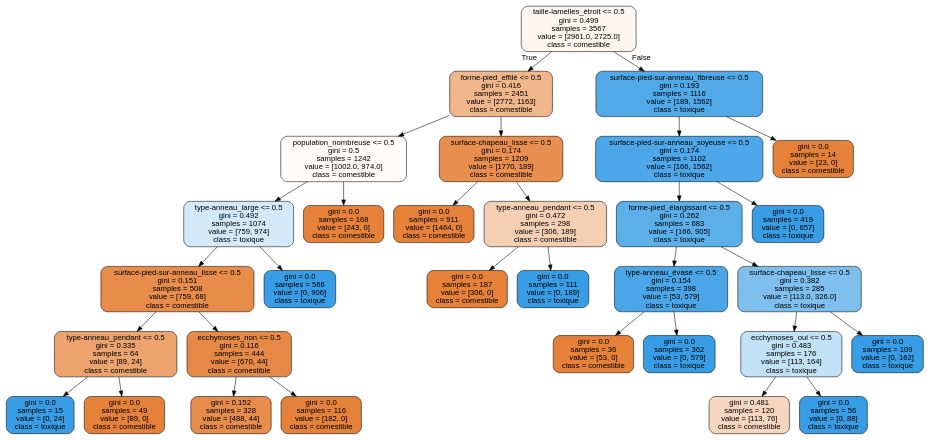
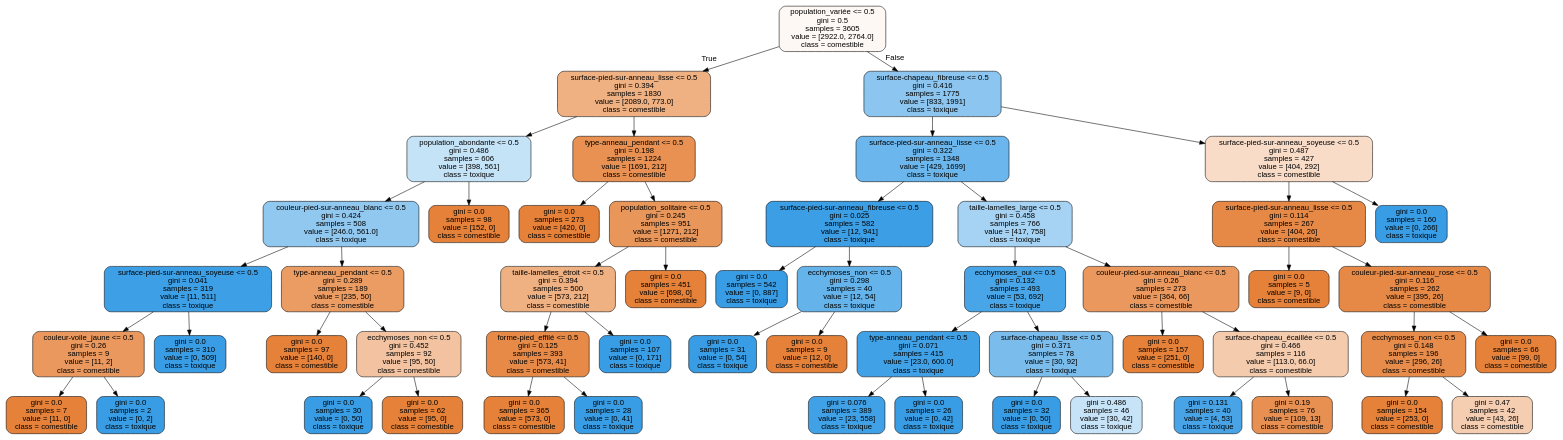
One commit to Laurent-Pa/DataScience-MachineLearning changed the diagram in TP/mushroom_tree_3.dot. Above: the diagram before and after it, drawn with Graphviz. The commit also changed 9 other files, not shown here.

```diff
--- a/TP/mushroom_tree_3.dot
+++ b/TP/mushroom_tree_3.dot
@@ -1,65 +1,109 @@
 digraph Tree {
 node [shape=box, style="filled, rounded", color="black", fontname="helvetica"] ;
 edge [fontname="helvetica"] ;
-0 [label="taille-lamelles_étroit <= 0.5\ngini = 0.499\nsamples = 3567\nvalue = [2961.0, 2725.0]\nclass = comestible", fillcolor="#fdf5ef"] ;
-1 [label="forme-pied_effilé <= 0.5\ngini = 0.416\nsamples = 2451\nvalue = [2772, 1163]\nclass = comestible", fillcolor="#f0b68c"] ;
+0 [label="population_variée <= 0.5\ngini = 0.5\nsamples = 3605\nvalue = [2922.0, 2764.0]\nclass = comestible", fillcolor="#fef8f4"] ;
+1 [label="surface-pied-sur-anneau_lisse <= 0.5\ngini = 0.394\nsamples = 1830\nvalue = [2089.0, 773.0]\nclass = comestible", fillcolor="#efb082"] ;
 0 -> 1 [labeldistance=2.5, labelangle=45, headlabel="True"] ;
-2 [label="population_nombreuse <= 0.5\ngini = 0.5\nsamples = 1242\nvalue = [1002.0, 974.0]\nclass = comestible", fillcolor="#fefbf9"] ;
+2 [label="population_abondante <= 0.5\ngini = 0.486\nsamples = 606\nvalue = [398, 561]\nclass = toxique", fillcolor="#c5e3f7"] ;
 1 -> 2 ;
-3 [label="type-anneau_large <= 0.5\ngini = 0.492\nsamples = 1074\nvalue = [759, 974]\nclass = toxique", fillcolor="#d3e9f9"] ;
+3 [label="couleur-pied-sur-anneau_blanc <= 0.5\ngini = 0.424\nsamples = 508\nvalue = [246.0, 561.0]\nclass = toxique", fillcolor="#90c8f0"] ;
 2 -> 3 ;
-4 [label="surface-pied-sur-anneau_lisse <= 0.5\ngini = 0.151\nsamples = 508\nvalue = [759, 68]\nclass = comestible", fillcolor="#e78c4b"] ;
+4 [label="surface-pied-sur-anneau_soyeuse <= 0.5\ngini = 0.041\nsamples = 319\nvalue = [11, 511]\nclass = toxique", fillcolor="#3d9fe6"] ;
 3 -> 4 ;
-5 [label="type-anneau_pendant <= 0.5\ngini = 0.335\nsamples = 64\nvalue = [89, 24]\nclass = comestible", fillcolor="#eca36e"] ;
+5 [label="couleur-voile_jaune <= 0.5\ngini = 0.26\nsamples = 9\nvalue = [11, 2]\nclass = comestible", fillcolor="#ea985d"] ;
 4 -> 5 ;
-6 [label="gini = 0.0\nsamples = 15\nvalue = [0, 24]\nclass = toxique", fillcolor="#399de5"] ;
+6 [label="gini = 0.0\nsamples = 7\nvalue = [11, 0]\nclass = comestible", fillcolor="#e58139"] ;
 5 -> 6 ;
-7 [label="gini = 0.0\nsamples = 49\nvalue = [89, 0]\nclass = comestible", fillcolor="#e58139"] ;
+7 [label="gini = 0.0\nsamples = 2\nvalue = [0, 2]\nclass = toxique", fillcolor="#399de5"] ;
 5 -> 7 ;
-8 [label="ecchymoses_non <= 0.5\ngini = 0.116\nsamples = 444\nvalue = [670, 44]\nclass = comestible", fillcolor="#e78946"] ;
+8 [label="gini = 0.0\nsamples = 310\nvalue = [0, 509]\nclass = toxique", fillcolor="#399de5"] ;
 4 -> 8 ;
-9 [label="gini = 0.152\nsamples = 328\nvalue = [488, 44]\nclass = comestible", fillcolor="#e78c4b"] ;
-8 -> 9 ;
-10 [label="gini = 0.0\nsamples = 116\nvalue = [182, 0]\nclass = comestible", fillcolor="#e58139"] ;
-8 -> 10 ;
-11 [label="gini = 0.0\nsamples = 566\nvalue = [0, 906]\nclass = toxique", fillcolor="#399de5"] ;
-3 -> 11 ;
-12 [label="gini = 0.0\nsamples = 168\nvalue = [243, 0]\nclass = comestible", fillcolor="#e58139"] ;
-2 -> 12 ;
-13 [label="surface-chapeau_lisse <= 0.5\ngini = 0.174\nsamples = 1209\nvalue = [1770, 189]\nclass = comestible", fillcolor="#e88e4e"] ;
-1 -> 13 ;
-14 [label="gini = 0.0\nsamples = 911\nvalue = [1464, 0]\nclass = comestible", fillcolor="#e58139"] ;
-13 -> 14 ;
-15 [label="type-anneau_pendant <= 0.5\ngini = 0.472\nsamples = 298\nvalue = [306, 189]\nclass = comestible", fillcolor="#f5cfb3"] ;
-13 -> 15 ;
-16 [label="gini = 0.0\nsamples = 187\nvalue = [306, 0]\nclass = comestible", fillcolor="#e58139"] ;
+9 [label="type-anneau_pendant <= 0.5\ngini = 0.289\nsamples = 189\nvalue = [235, 50]\nclass = comestible", fillcolor="#eb9c63"] ;
+3 -> 9 ;
+10 [label="gini = 0.0\nsamples = 97\nvalue = [140, 0]\nclass = comestible", fillcolor="#e58139"] ;
+9 -> 10 ;
+11 [label="ecchymoses_non <= 0.5\ngini = 0.452\nsamples = 92\nvalue = [95, 50]\nclass = comestible", fillcolor="#f3c3a1"] ;
+9 -> 11 ;
+12 [label="gini = 0.0\nsamples = 30\nvalue = [0, 50]\nclass = toxique", fillcolor="#399de5"] ;
+11 -> 12 ;
+13 [label="gini = 0.0\nsamples = 62\nvalue = [95, 0]\nclass = comestible", fillcolor="#e58139"] ;
+11 -> 13 ;
+14 [label="gini = 0.0\nsamples = 98\nvalue = [152, 0]\nclass = comestible", fillcolor="#e58139"] ;
+2 -> 14 ;
+15 [label="type-anneau_pendant <= 0.5\ngini = 0.198\nsamples = 1224\nvalue = [1691, 212]\nclass = comestible", fillcolor="#e89152"] ;
+1 -> 15 ;
+16 [label="gini = 0.0\nsamples = 273\nvalue = [420, 0]\nclass = comestible", fillcolor="#e58139"] ;
 15 -> 16 ;
-17 [label="gini = 0.0\nsamples = 111\nvalue = [0, 189]\nclass = toxique", fillcolor="#399de5"] ;
+17 [label="population_solitaire <= 0.5\ngini = 0.245\nsamples = 951\nvalue = [1271, 212]\nclass = comestible", fillcolor="#e9965a"] ;
 15 -> 17 ;
-18 [label="surface-pied-sur-anneau_fibreuse <= 0.5\ngini = 0.193\nsamples = 1116\nvalue = [189, 1562]\nclass = toxique", fillcolor="#51a9e8"] ;
-0 -> 18 [labeldistance=2.5, labelangle=-45, headlabel="False"] ;
-19 [label="surface-pied-sur-anneau_soyeuse <= 0.5\ngini = 0.174\nsamples = 1102\nvalue = [166, 1562]\nclass = toxique", fillcolor="#4ea7e8"] ;
+18 [label="taille-lamelles_étroit <= 0.5\ngini = 0.394\nsamples = 500\nvalue = [573, 212]\nclass = comestible", fillcolor="#efb082"] ;
+17 -> 18 ;
+19 [label="forme-pied_effilé <= 0.5\ngini = 0.125\nsamples = 393\nvalue = [573, 41]\nclass = comestible", fillcolor="#e78a47"] ;
 18 -> 19 ;
-20 [label="forme-pied_élargissant <= 0.5\ngini = 0.262\nsamples = 683\nvalue = [166, 905]\nclass = toxique", fillcolor="#5dafea"] ;
+20 [label="gini = 0.0\nsamples = 365\nvalue = [573, 0]\nclass = comestible", fillcolor="#e58139"] ;
 19 -> 20 ;
-21 [label="type-anneau_évasé <= 0.5\ngini = 0.154\nsamples = 398\nvalue = [53, 579]\nclass = toxique", fillcolor="#4ba6e7"] ;
-20 -> 21 ;
-22 [label="gini = 0.0\nsamples = 36\nvalue = [53, 0]\nclass = comestible", fillcolor="#e58139"] ;
-21 -> 22 ;
-23 [label="gini = 0.0\nsamples = 362\nvalue = [0, 579]\nclass = toxique", fillcolor="#399de5"] ;
-21 -> 23 ;
-24 [label="surface-chapeau_lisse <= 0.5\ngini = 0.382\nsamples = 285\nvalue = [113.0, 326.0]\nclass = toxique", fillcolor="#7ebfee"] ;
-20 -> 24 ;
-25 [label="ecchymoses_oui <= 0.5\ngini = 0.483\nsamples = 176\nvalue = [113, 164]\nclass = toxique", fillcolor="#c1e1f7"] ;
+21 [label="gini = 0.0\nsamples = 28\nvalue = [0, 41]\nclass = toxique", fillcolor="#399de5"] ;
+19 -> 21 ;
+22 [label="gini = 0.0\nsamples = 107\nvalue = [0, 171]\nclass = toxique", fillcolor="#399de5"] ;
+18 -> 22 ;
+23 [label="gini = 0.0\nsamples = 451\nvalue = [698, 0]\nclass = comestible", fillcolor="#e58139"] ;
+17 -> 23 ;
+24 [label="surface-chapeau_fibreuse <= 0.5\ngini = 0.416\nsamples = 1775\nvalue = [833, 1991]\nclass = toxique", fillcolor="#8cc6f0"] ;
+0 -> 24 [labeldistance=2.5, labelangle=-45, headlabel="False"] ;
+25 [label="surface-pied-sur-anneau_lisse <= 0.5\ngini = 0.322\nsamples = 1348\nvalue = [429, 1699]\nclass = toxique", fillcolor="#6bb6ec"] ;
 24 -> 25 ;
-26 [label="gini = 0.481\nsamples = 120\nvalue = [113, 76]\nclass = comestible", fillcolor="#f6d6be"] ;
+26 [label="surface-pied-sur-anneau_fibreuse <= 0.5\ngini = 0.025\nsamples = 582\nvalue = [12, 941]\nclass = toxique", fillcolor="#3c9ee5"] ;
 25 -> 26 ;
-27 [label="gini = 0.0\nsamples = 56\nvalue = [0, 88]\nclass = toxique", fillcolor="#399de5"] ;
-25 -> 27 ;
-28 [label="gini = 0.0\nsamples = 109\nvalue = [0, 162]\nclass = toxique", fillcolor="#399de5"] ;
-24 -> 28 ;
-29 [label="gini = 0.0\nsamples = 419\nvalue = [0, 657]\nclass = toxique", fillcolor="#399de5"] ;
-19 -> 29 ;
-30 [label="gini = 0.0\nsamples = 14\nvalue = [23, 0]\nclass = comestible", fillcolor="#e58139"] ;
-18 -> 30 ;
+27 [label="gini = 0.0\nsamples = 542\nvalue = [0, 887]\nclass = toxique", fillcolor="#399de5"] ;
+26 -> 27 ;
+28 [label="ecchymoses_non <= 0.5\ngini = 0.298\nsamples = 40\nvalue = [12, 54]\nclass = toxique", fillcolor="#65b3eb"] ;
+26 -> 28 ;
+29 [label="gini = 0.0\nsamples = 31\nvalue = [0, 54]\nclass = toxique", fillcolor="#399de5"] ;
+28 -> 29 ;
+30 [label="gini = 0.0\nsamples = 9\nvalue = [12, 0]\nclass = comestible", fillcolor="#e58139"] ;
+28 -> 30 ;
+31 [label="taille-lamelles_large <= 0.5\ngini = 0.458\nsamples = 766\nvalue = [417, 758]\nclass = toxique", fillcolor="#a6d3f3"] ;
+25 -> 31 ;
+32 [label="ecchymoses_oui <= 0.5\ngini = 0.132\nsamples = 493\nvalue = [53, 692]\nclass = toxique", fillcolor="#48a5e7"] ;
+31 -> 32 ;
+33 [label="type-anneau_pendant <= 0.5\ngini = 0.071\nsamples = 415\nvalue = [23.0, 600.0]\nclass = toxique", fillcolor="#41a1e6"] ;
+32 -> 33 ;
+34 [label="gini = 0.076\nsamples = 389\nvalue = [23, 558]\nclass = toxique", fillcolor="#41a1e6"] ;
+33 -> 34 ;
+35 [label="gini = 0.0\nsamples = 26\nvalue = [0, 42]\nclass = toxique", fillcolor="#399de5"] ;
+33 -> 35 ;
+36 [label="surface-chapeau_lisse <= 0.5\ngini = 0.371\nsamples = 78\nvalue = [30, 92]\nclass = toxique", fillcolor="#7abded"] ;
+32 -> 36 ;
+37 [label="gini = 0.0\nsamples = 32\nvalue = [0, 50]\nclass = toxique", fillcolor="#399de5"] ;
+36 -> 37 ;
+38 [label="gini = 0.486\nsamples = 46\nvalue = [30, 42]\nclass = toxique", fillcolor="#c6e3f8"] ;
+36 -> 38 ;
+39 [label="couleur-pied-sur-anneau_blanc <= 0.5\ngini = 0.26\nsamples = 273\nvalue = [364, 66]\nclass = comestible", fillcolor="#ea985d"] ;
+31 -> 39 ;
+40 [label="gini = 0.0\nsamples = 157\nvalue = [251, 0]\nclass = comestible", fillcolor="#e58139"] ;
+39 -> 40 ;
+41 [label="surface-chapeau_écaillée <= 0.5\ngini = 0.466\nsamples = 116\nvalue = [113.0, 66.0]\nclass = comestible", fillcolor="#f4cbad"] ;
+39 -> 41 ;
+42 [label="gini = 0.131\nsamples = 40\nvalue = [4, 53]\nclass = toxique", fillcolor="#48a4e7"] ;
+41 -> 42 ;
+43 [label="gini = 0.19\nsamples = 76\nvalue = [109, 13]\nclass = comestible", fillcolor="#e89051"] ;
+41 -> 43 ;
+44 [label="surface-pied-sur-anneau_soyeuse <= 0.5\ngini = 0.487\nsamples = 427\nvalue = [404, 292]\nclass = comestible", fillcolor="#f8dcc8"] ;
+24 -> 44 ;
+45 [label="surface-pied-sur-anneau_lisse <= 0.5\ngini = 0.114\nsamples = 267\nvalue = [404, 26]\nclass = comestible", fillcolor="#e78946"] ;
+44 -> 45 ;
+46 [label="gini = 0.0\nsamples = 5\nvalue = [9, 0]\nclass = comestible", fillcolor="#e58139"] ;
+45 -> 46 ;
+47 [label="couleur-pied-sur-anneau_rose <= 0.5\ngini = 0.116\nsamples = 262\nvalue = [395, 26]\nclass = comestible", fillcolor="#e78946"] ;
+45 -> 47 ;
+48 [label="ecchymoses_non <= 0.5\ngini = 0.148\nsamples = 196\nvalue = [296, 26]\nclass = comestible", fillcolor="#e78c4a"] ;
+47 -> 48 ;
+49 [label="gini = 0.0\nsamples = 154\nvalue = [253, 0]\nclass = comestible", fillcolor="#e58139"] ;
+48 -> 49 ;
+50 [label="gini = 0.47\nsamples = 42\nvalue = [43, 26]\nclass = comestible", fillcolor="#f5cdb1"] ;
+48 -> 50 ;
+51 [label="gini = 0.0\nsamples = 66\nvalue = [99, 0]\nclass = comestible", fillcolor="#e58139"] ;
+47 -> 51 ;
+52 [label="gini = 0.0\nsamples = 160\nvalue = [0, 266]\nclass = toxique", fillcolor="#399de5"] ;
+44 -> 52 ;
 }
```
